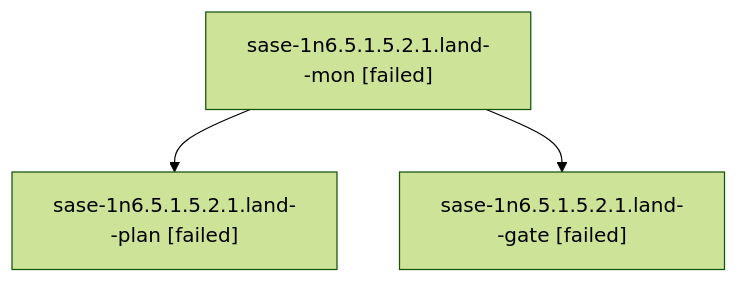
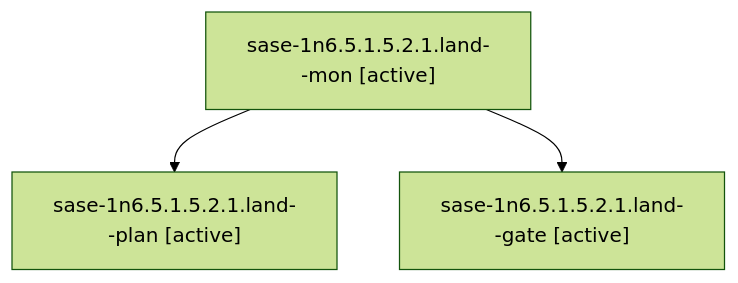
Before and after one commit to sase-org/sase--agents: the diagram in sessions/bbugyi200.athena.sase-1n6.5.1.5.2.1.land.md, drawn with Mermaid (forest theme). The commit also changed other lines of this file and 274 other files, not shown here.

````diff
--- a/sessions/bbugyi200.athena.sase-1n6.5.1.5.2.1.land.md
+++ b/sessions/bbugyi200.athena.sase-1n6.5.1.5.2.1.land.md
@@ -9,8 +9,8 @@
 ```mermaid
 flowchart TD
-  n0["sase-1n6.5.1.5.2.1.land--mon [failed]"]
-  n1["sase-1n6.5.1.5.2.1.land--plan [failed]"]
+  n0["sase-1n6.5.1.5.2.1.land--mon [active]"]
+  n1["sase-1n6.5.1.5.2.1.land--plan [active]"]
   n0 --> n1
-  n2["sase-1n6.5.1.5.2.1.land--gate [failed]"]
+  n2["sase-1n6.5.1.5.2.1.land--gate [active]"]
   n0 --> n2
 ```
````
